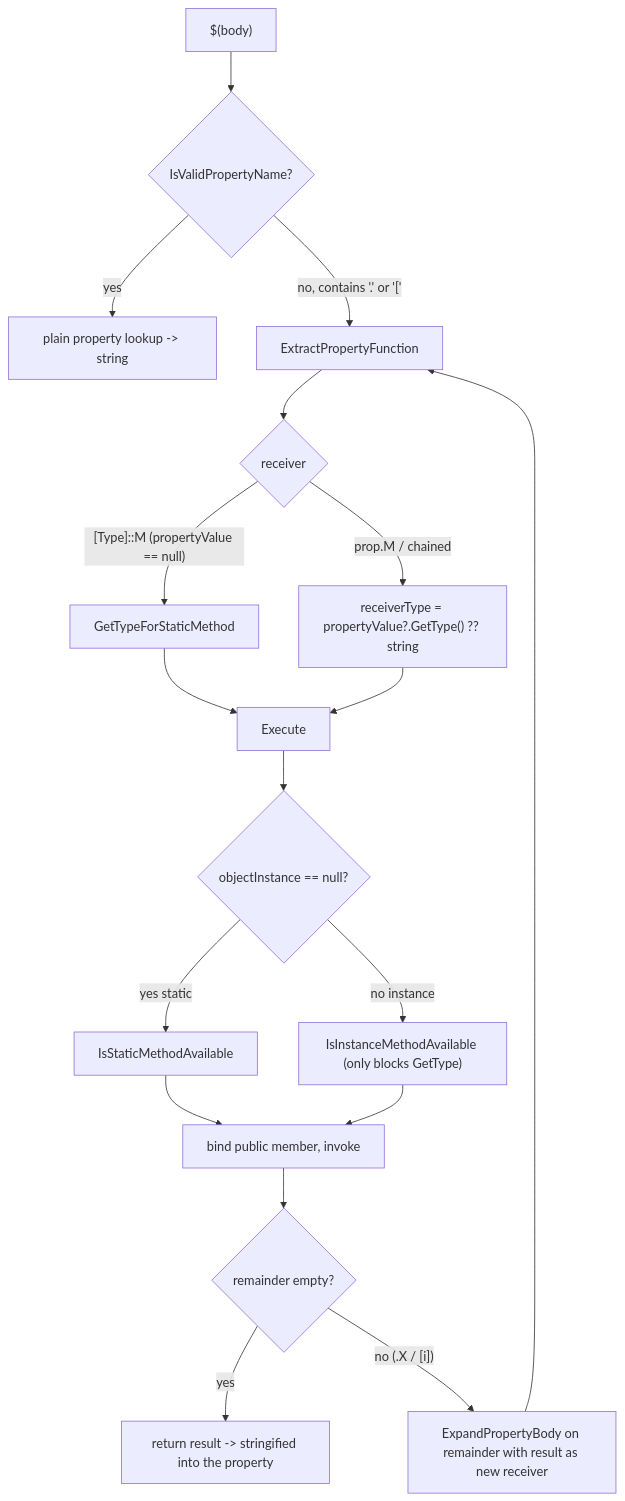
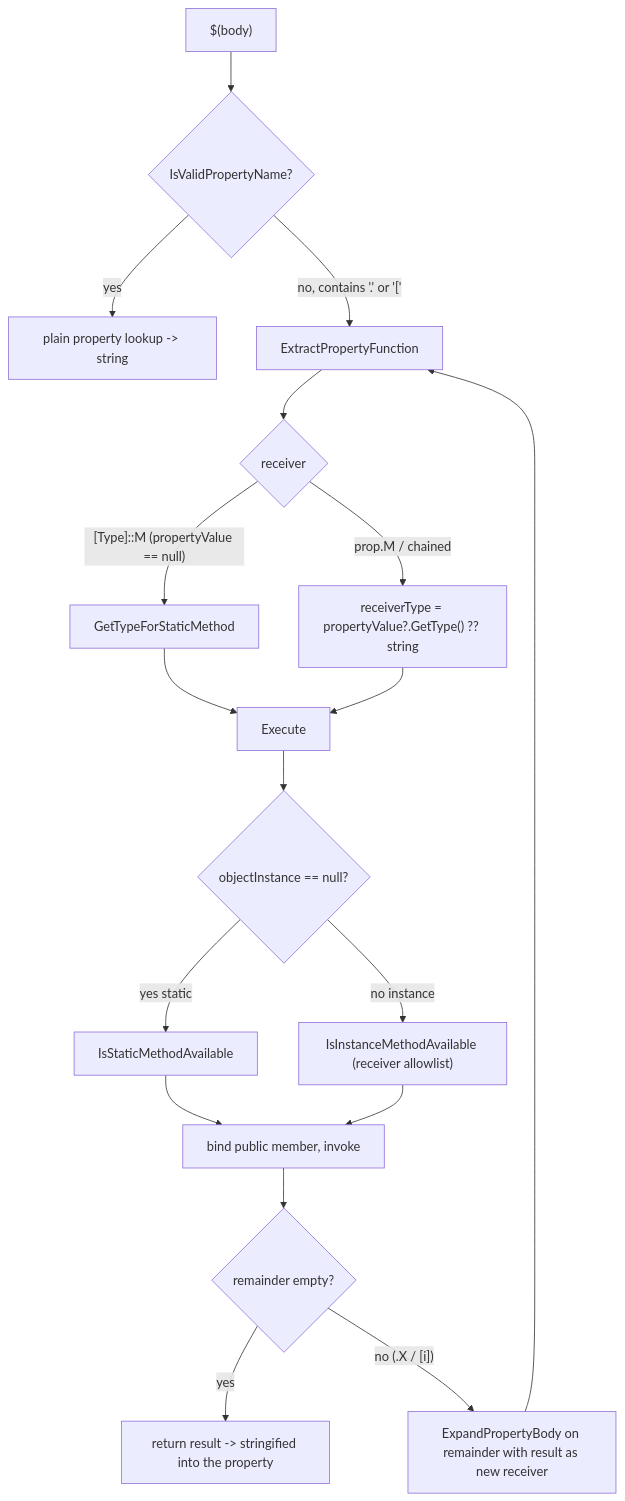
Before and after one commit to dotnet/msbuild: the diagram in documentation/aot/property-functions-reachability.md, drawn with Mermaid. The commit also changed other lines of this file and 7 other files, not shown here.

````diff
--- a/documentation/aot/property-functions-reachability.md
+++ b/documentation/aot/property-functions-reachability.md
@@ -71,20 +72,20 @@
 ```mermaid
 flowchart TD
     A["$(body)"] --> B{IsValidPropertyName?}
     B -->|yes| P[plain property lookup -> string]
     B -->|"no, contains '.' or '['"| C[ExtractPropertyFunction]
     C --> D{receiver}
     D -->|"[Type]::M (propertyValue == null)"| E[GetTypeForStaticMethod]
     D -->|"prop.M / chained"| F["receiverType = propertyValue?.GetType() ?? string"]
     E --> G[Execute]
     F --> G[Execute]
     G --> H{objectInstance == null?}
     H -->|yes static| I[IsStaticMethodAvailable]
-    H -->|no instance| J["IsInstanceMethodAvailable (only blocks GetType)"]
+    H -->|no instance| J["IsInstanceMethodAvailable (receiver allowlist)"]
     I --> K[bind public member, invoke]
     J --> K
     K --> L{remainder empty?}
     L -->|yes| M[return result -> stringified into the property]
     L -->|"no (.X / [i])"| C2[ExpandPropertyBody on remainder with result as new receiver]
     C2 --> C
 ```
````
